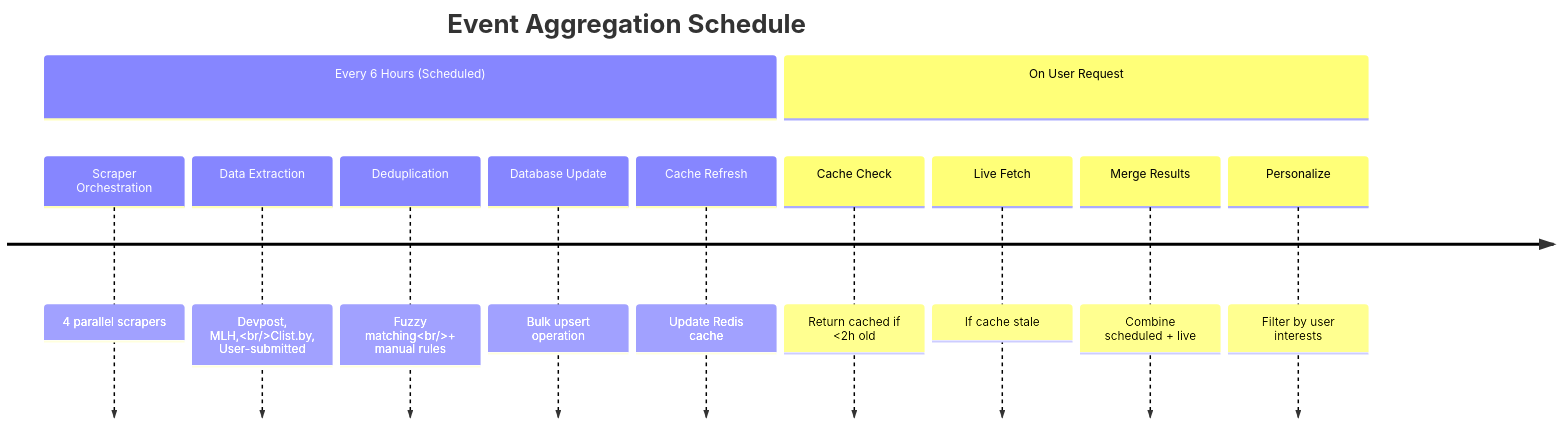
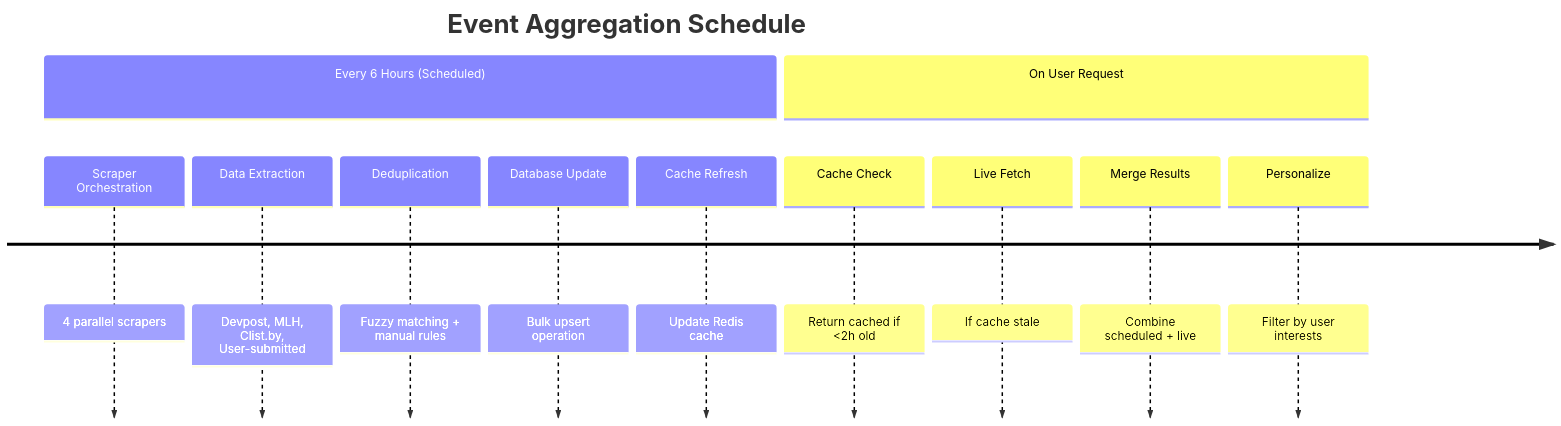
Before and after one commit to satvik-sharma-05/SE: the sixth of 8 diagrams in README.md, drawn with Mermaid. The commit also changed other lines of this file, not shown here.

````diff
--- a/README.md
+++ b/README.md
@@ -336,15 +341,15 @@
 ```mermaid
 timeline
     title Event Aggregation Schedule
     section Every 6 Hours (Scheduled)
         Scraper Orchestration : 4 parallel scrapers
-        Data Extraction       : Devpost, MLH,<br/>Clist.by, User-submitted
-        Deduplication         : Fuzzy matching<br/>+ manual rules
+        Data Extraction       : Devpost, MLH, Clist.by, User-submitted
+        Deduplication         : Fuzzy matching + manual rules
         Database Update       : Bulk upsert operation
         Cache Refresh         : Update Redis cache
     section On User Request
         Cache Check           : Return cached if <2h old
         Live Fetch            : If cache stale
         Merge Results         : Combine scheduled + live
         Personalize           : Filter by user interests
 ```
````
